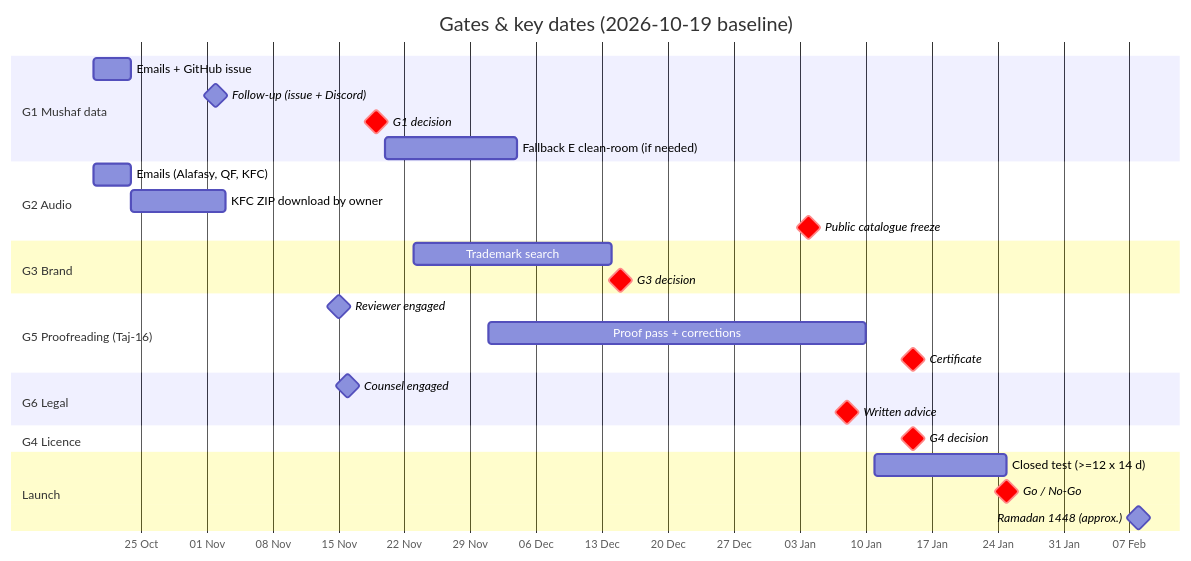
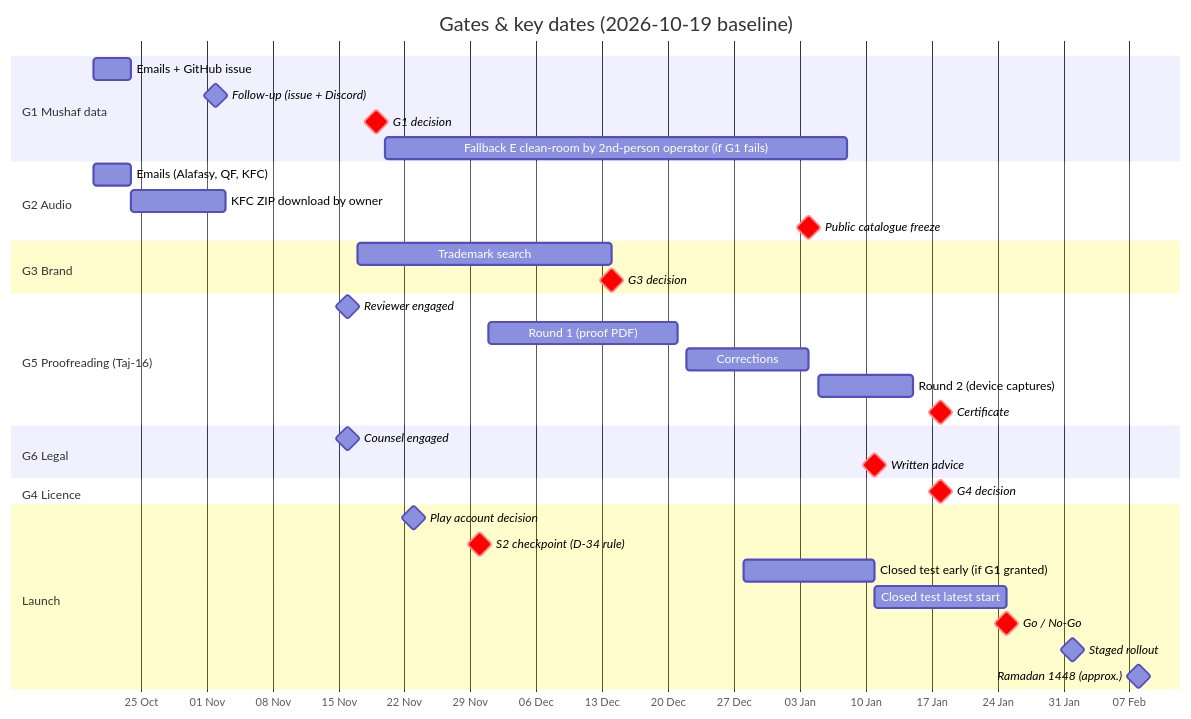
Before and after one commit to Chughtaie/criterion: the diagram in docs/plan/12-decisions-risks.md, drawn with Mermaid. The commit also changed other lines of this file and 12 other files, not shown here.

````diff
--- a/docs/plan/12-decisions-risks.md
+++ b/docs/plan/12-decisions-risks.md
@@ -952,31 +1073,37 @@
 ```mermaid
 gantt
     title Gates & key dates (2026-10-19 baseline)
     dateFormat  YYYY-MM-DD
     axisFormat  %d %b
     section G1 Mushaf data
     Emails + GitHub issue          :g1a, 2026-10-20, 4d
     Follow-up (issue + Discord)    :milestone, 2026-11-02, 0d
     G1 decision                    :crit, milestone, 2026-11-19, 0d
-    Fallback E clean-room (if needed) :g1f, 2026-11-20, 14d
+    Fallback E clean-room by 2nd-person operator (if G1 fails) :g1f, 2026-11-20, 2027-01-08
     section G2 Audio
     Emails (Alafasy, QF, KFC)      :g2a, 2026-10-20, 4d
     KFC ZIP download by owner      :g2b, 2026-10-24, 10d
     Public catalogue freeze        :crit, milestone, 2027-01-04, 0d
     section G3 Brand
-    Trademark search               :g3a, 2026-11-23, 21d
-    G3 decision                    :crit, milestone, 2026-12-15, 0d
+    Trademark search               :g3a, 2026-11-17, 2026-12-14
+    G3 decision                    :crit, milestone, 2026-12-14, 0d
     section G5 Proofreading (Taj-16)
-    Reviewer engaged               :milestone, 2026-11-15, 0d
-    Proof pass + corrections       :g5a, 2026-12-01, 40d
-    Certificate                    :crit, milestone, 2027-01-15, 0d
+    Reviewer engaged               :milestone, 2026-11-16, 0d
+    Round 1 (proof PDF)            :g5a, 2026-12-01, 2026-12-21
+    Corrections                    :g5b, 2026-12-22, 2027-01-04
+    Round 2 (device captures)      :g5c, 2027-01-05, 2027-01-15
+    Certificate                    :crit, milestone, 2027-01-18, 0d
     section G6 Legal
     Counsel engaged                :milestone, 2026-11-16, 0d
-    Written advice                 :crit, milestone, 2027-01-08, 0d
+    Written advice                 :crit, milestone, 2027-01-11, 0d
     section G4 Licence
-    G4 decision                    :crit, milestone, 2027-01-15, 0d
+    G4 decision                    :crit, milestone, 2027-01-18, 0d
     section Launch
-    Closed test (>=12 x 14 d)      :ct, 2027-01-11, 14d
+    Play account decision          :milestone, 2026-11-23, 0d
+    S2 checkpoint (D-34 rule)      :crit, milestone, 2026-11-30, 0d
+    Closed test early (if G1 granted) :ct0, 2026-12-28, 14d
+    Closed test latest start       :ct, 2027-01-11, 14d
     Go / No-Go                     :crit, milestone, 2027-01-25, 0d
+    Staged rollout                 :milestone, 2027-02-01, 0d
     Ramadan 1448 (approx.)         :milestone, 2027-02-08, 0d
 ```
````
